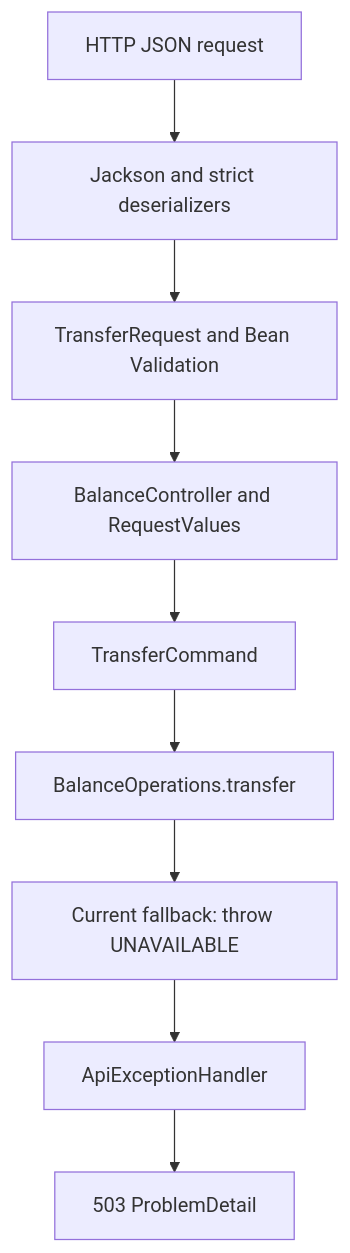
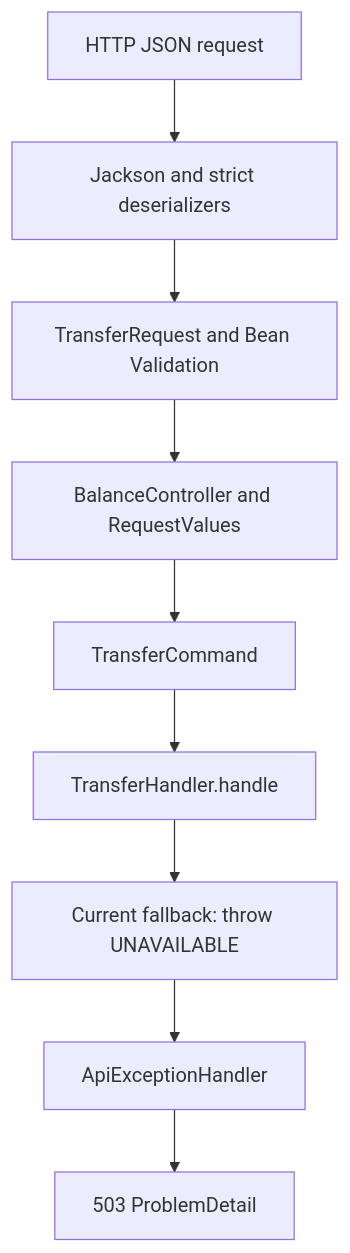
One commit to k4vrin/concurrent-balance-service changed the first of 2 diagrams in docs/en/Operation-flow.md. Above: the diagram before and after it, drawn with Mermaid. The commit also changed other lines of this file and 90 other files, not shown here.

````diff
--- a/docs/en/Operation-flow.md
+++ b/docs/en/Operation-flow.md
@@ -32,11 +32,11 @@
 ```mermaid
 flowchart TD
     A[HTTP JSON request] --> B[Jackson and strict deserializers]
     B --> C[TransferRequest and Bean Validation]
     C --> D[BalanceController and RequestValues]
     D --> E[TransferCommand]
-    E --> F[BalanceOperations.transfer]
+    E --> F[TransferHandler.handle]
     F --> G[Current fallback: throw UNAVAILABLE]
     G --> H[ApiExceptionHandler]
     H --> I[503 ProblemDetail]
 ```
````
